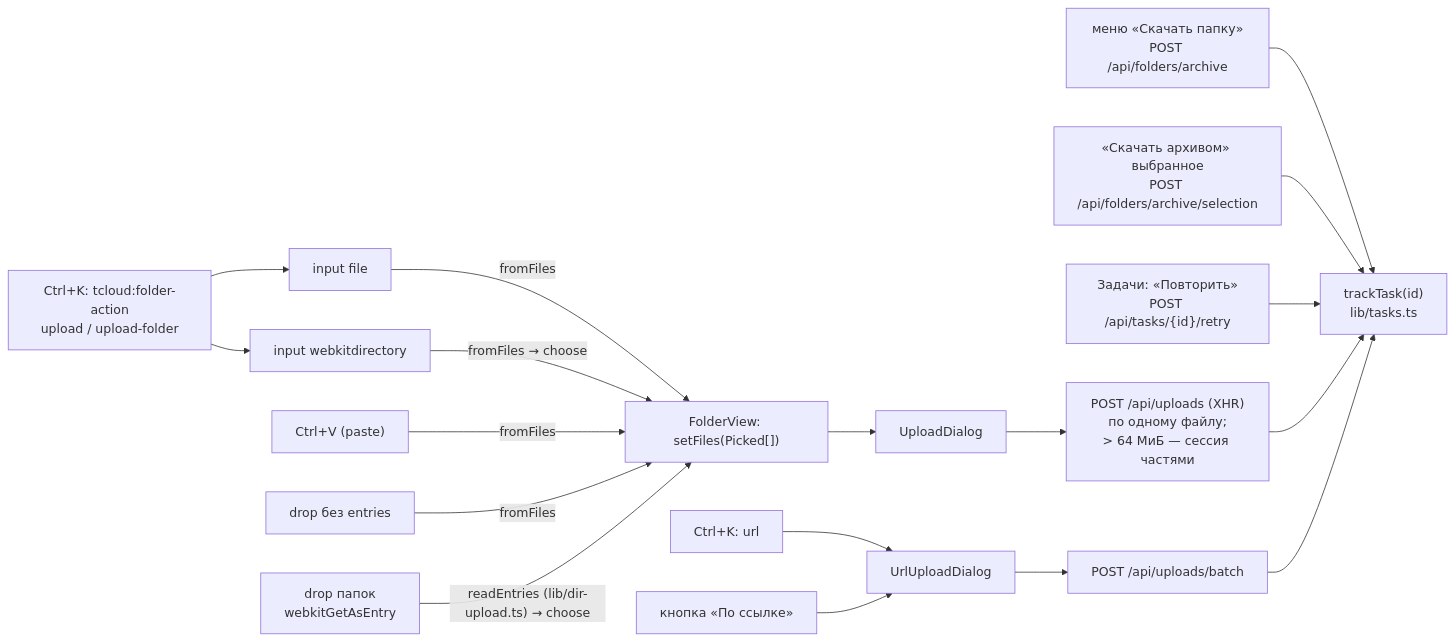
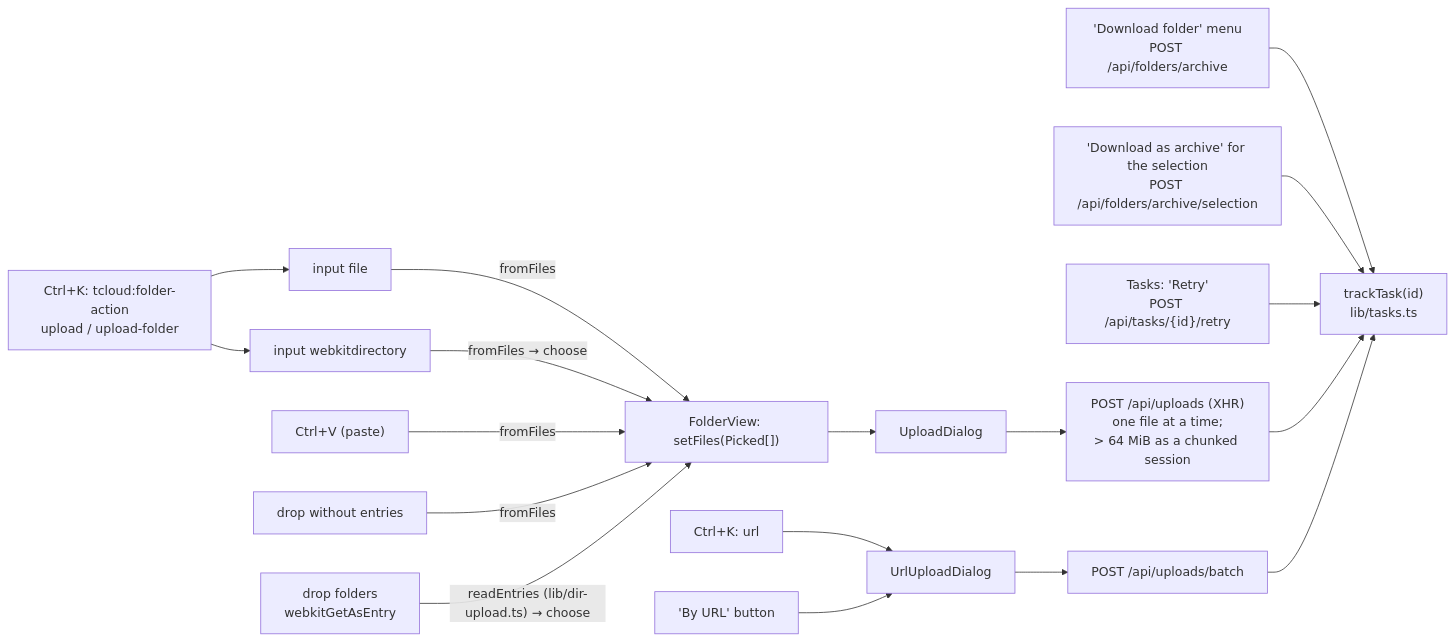
The first of 7 diagrams in docs/uploads-and-tasks.md (NikitkaZXC/tcloud-frontend), drawn with Mermaid before and after one commit. The commit also changed other lines of this file and 8 other files, not shown here.

````diff
--- a/docs/uploads-and-tasks.md
+++ b/docs/uploads-and-tasks.md
@@ -14,20 +15,20 @@
 ```mermaid
 flowchart LR
     pick["input file"] -- fromFiles --> setFiles
     dir["input webkitdirectory"] -- "fromFiles → choose" --> setFiles
     paste["Ctrl+V (paste)"] -- fromFiles --> setFiles
-    dropF["drop без entries"] -- fromFiles --> setFiles
-    dropD["drop папок<br/>webkitGetAsEntry"] -- "readEntries (lib/dir-upload.ts) → choose" --> setFiles
+    dropF["drop without entries"] -- fromFiles --> setFiles
+    dropD["drop folders<br/>webkitGetAsEntry"] -- "readEntries (lib/dir-upload.ts) → choose" --> setFiles
     palette["Ctrl+K: tcloud:folder-action<br/>upload / upload-folder"] --> pick
     palette --> dir
     setFiles["FolderView: setFiles(Picked[])"] --> dialog["UploadDialog"]
     paletteUrl["Ctrl+K: url"] --> urlDialog["UrlUploadDialog"]
-    btnUrl["кнопка «По ссылке»"] --> urlDialog
-    dialog --> xhr["POST /api/uploads (XHR)<br/>по одному файлу;<br/>> 64 МиБ — сессия частями"]
+    btnUrl["'By URL' button"] --> urlDialog
+    dialog --> xhr["POST /api/uploads (XHR)<br/>one file at a time;<br/>> 64 MiB as a chunked session"]
     urlDialog --> batch["POST /api/uploads/batch"]
-    archive["меню «Скачать папку»<br/>POST /api/folders/archive"] --> track
-    sel["«Скачать архивом» выбранное<br/>POST /api/folders/archive/selection"] --> track
-    retry["Задачи: «Повторить»<br/>POST /api/tasks/{id}/retry"] --> track
+    archive["'Download folder' menu<br/>POST /api/folders/archive"] --> track
+    sel["'Download as archive' for the selection<br/>POST /api/folders/archive/selection"] --> track
+    retry["Tasks: 'Retry'<br/>POST /api/tasks/{id}/retry"] --> track
     xhr --> track["trackTask(id)<br/>lib/tasks.ts"]
     batch --> track
 ```
````
